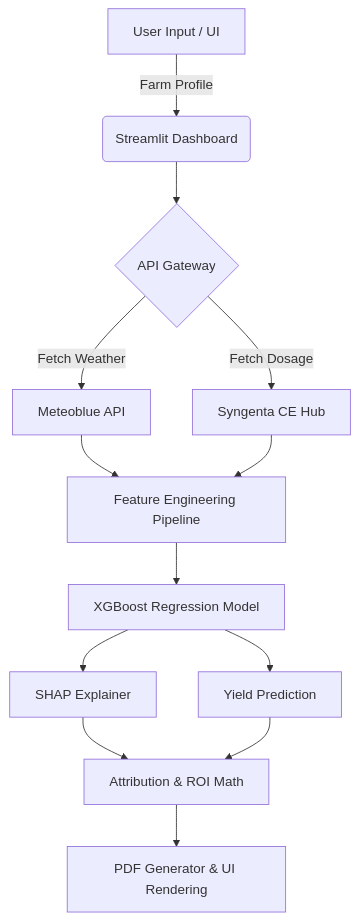
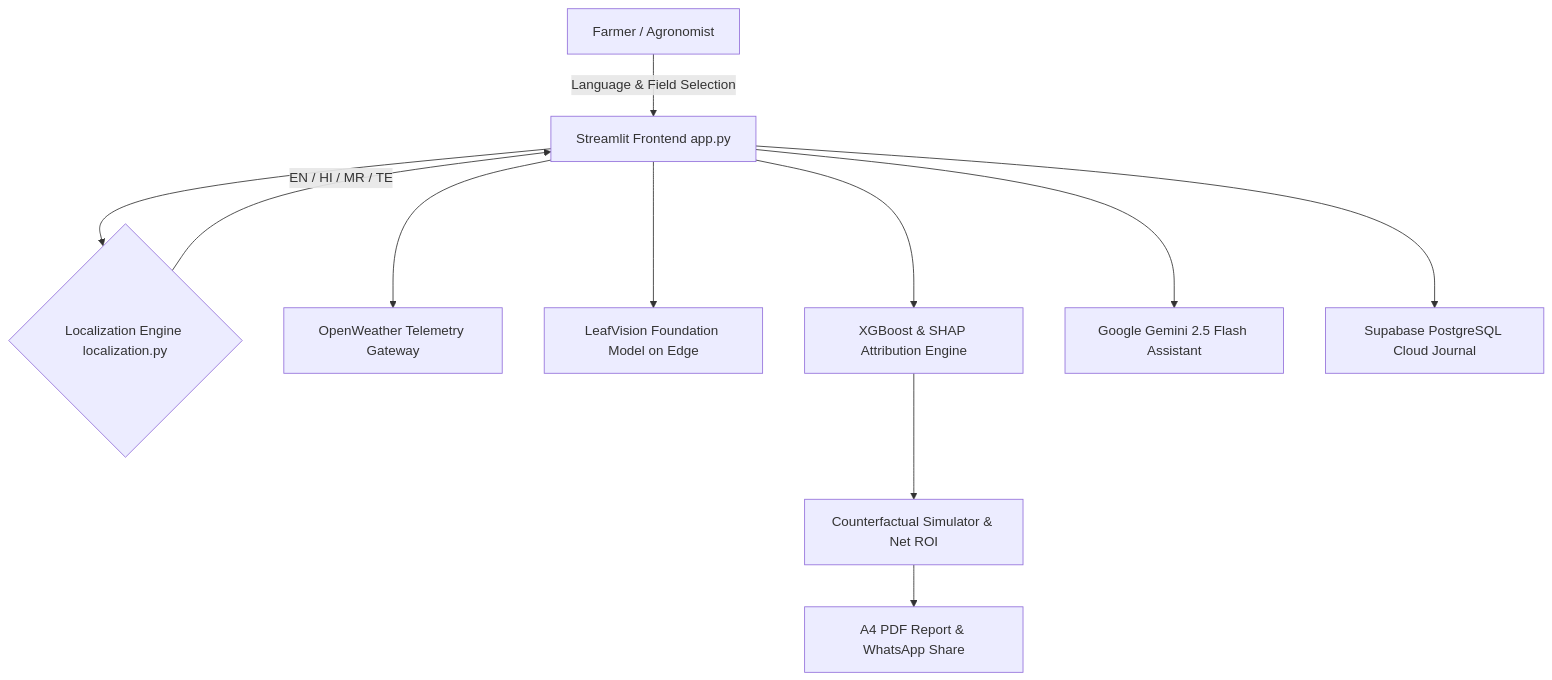
Before and after one commit to Bhakti2709/hack-core-ps07-agriattribute: the diagram in README.md, drawn with Mermaid. The commit also changed other lines of this file, not shown here.

Commit message:
docs: comprehensive README update highlighting full platform localization, LeafVision foundation model, and architecture

````diff
--- a/README.md
+++ b/README.md
@@ -62,15 +64,13 @@
 ```mermaid
 graph TD
-    A[User Input / UI] -->|Farm Profile| B(Streamlit Dashboard)
-    B --> C{API Gateway}
-    C -->|Fetch Weather| D[Meteoblue API]
-    C -->|Fetch Dosage| E[Syngenta CE Hub]
-    D --> F[Feature Engineering Pipeline]
-    E --> F
-    F --> G[XGBoost Regression Model]
-    G --> H[SHAP Explainer]
-    G --> I[Yield Prediction]
-    H --> J[Attribution & ROI Math]
-    I --> J
-    J --> K[PDF Generator & UI Rendering]
+    A[Farmer / Agronomist] -->|Language & Field Selection| B[Streamlit Frontend app.py]
+    B --> C{Localization Engine localization.py}
+    C -->|EN / HI / MR / TE| B
+    B --> D[OpenWeather Telemetry Gateway]
+    B --> E[LeafVision Foundation Model on Edge]
+    B --> F[XGBoost & SHAP Attribution Engine]
+    B --> G[Google Gemini 2.5 Flash Assistant]
+    B --> H[Supabase PostgreSQL Cloud Journal]
+    F --> I[Counterfactual Simulator & Net ROI]
+    I --> J[A4 PDF Report & WhatsApp Share]
 ```
````
